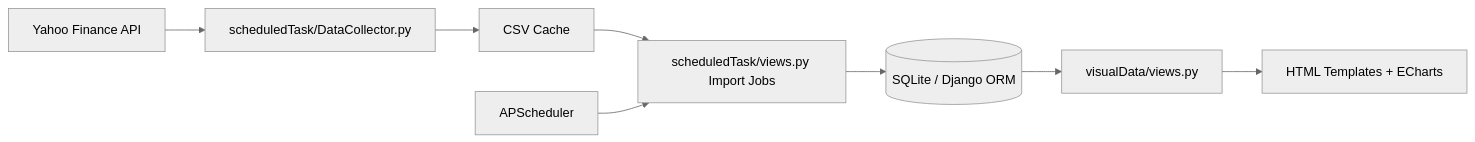
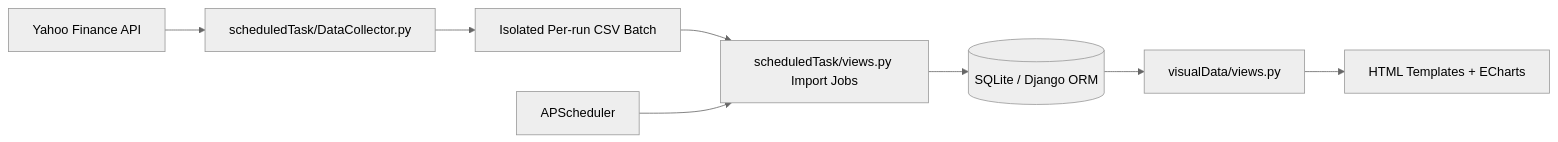
One commit to frankwyf/forex changed the diagram in README.md. Above: the diagram before and after it, drawn with Mermaid (neutral theme). The commit also changed 5 other files, not shown here.

````diff
--- a/README.md
+++ b/README.md
@@ -25,10 +25,10 @@
 ```mermaid
 flowchart LR
 	A[Yahoo Finance API] --> B[scheduledTask/DataCollector.py]
-	B --> C[CSV Cache]
+	B --> C[Isolated Per-run CSV Batch]
 	C --> D[scheduledTask/views.py Import Jobs]
 	D --> E[(SQLite / Django ORM)]
 	E --> F[visualData/views.py]
 	F --> G[HTML Templates + ECharts]
 	H[APScheduler] --> D
 ```
````
